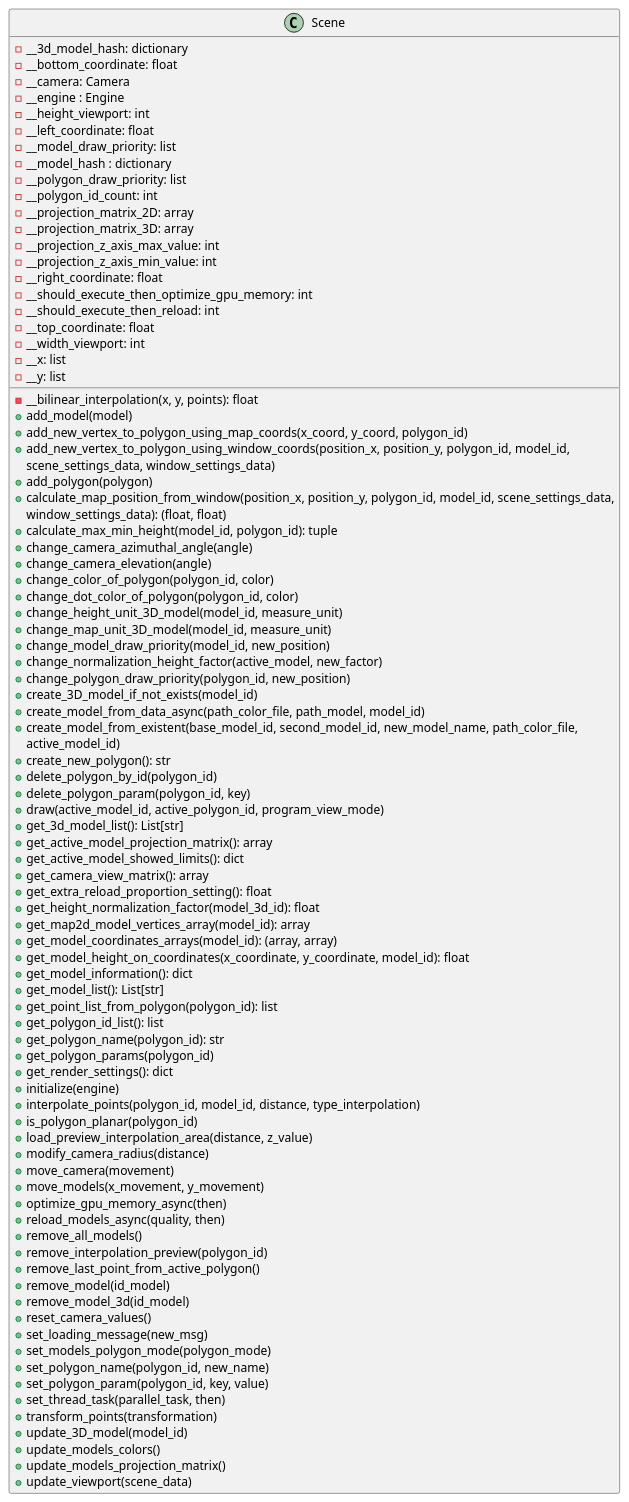
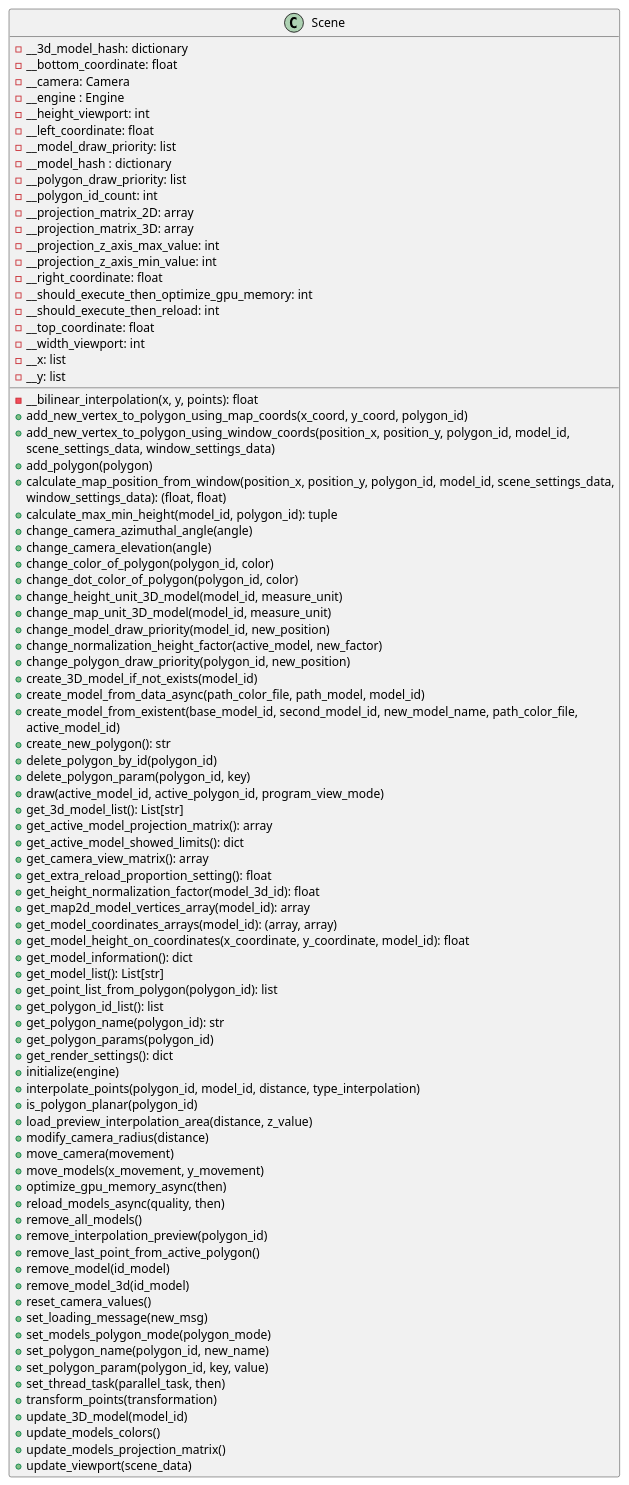
Before and after one commit to SergioAlvarezM/Proyecto_de_Memoria: the diagram in docs/classes/Scene.puml, drawn with PlantUML. The commit also changed 1 other file, not shown here.

Commit message:
Removed method add_model from scene class.

```diff
--- a/docs/classes/Scene.puml
+++ b/docs/classes/Scene.puml
@@ -1,93 +1,92 @@
 @startuml
             class Scene{
                 - __bilinear_interpolation(x, y, points): float
-                + add_model(model)
                 + add_new_vertex_to_polygon_using_map_coords(x_coord, y_coord, polygon_id)
                 + add_new_vertex_to_polygon_using_window_coords(position_x, position_y, polygon_id, model_id,
                                                                 scene_settings_data, window_settings_data)
                 + add_polygon(polygon)
                 + calculate_map_position_from_window(position_x, position_y, polygon_id, model_id, scene_settings_data,
                                                        window_settings_data): (float, float)
                 + calculate_max_min_height(model_id, polygon_id): tuple
                 + change_camera_azimuthal_angle(angle)
                 + change_camera_elevation(angle)
                 + change_color_of_polygon(polygon_id, color)
                 + change_dot_color_of_polygon(polygon_id, color)
                 + change_height_unit_3D_model(model_id, measure_unit)
                 + change_map_unit_3D_model(model_id, measure_unit)
                 + change_model_draw_priority(model_id, new_position)
                 + change_normalization_height_factor(active_model, new_factor)
                 + change_polygon_draw_priority(polygon_id, new_position)
                 + create_3D_model_if_not_exists(model_id)
                 + create_model_from_data_async(path_color_file, path_model, model_id)
                 + create_model_from_existent(base_model_id, second_model_id, new_model_name, path_color_file,
                                               active_model_id)
                 + create_new_polygon(): str
                 + delete_polygon_by_id(polygon_id)
                 + delete_polygon_param(polygon_id, key)
                 + draw(active_model_id, active_polygon_id, program_view_mode)
                 + get_3d_model_list(): List[str]
                 + get_active_model_projection_matrix(): array
                 + get_active_model_showed_limits(): dict
                 + get_camera_view_matrix(): array
                 + get_extra_reload_proportion_setting(): float
                 + get_height_normalization_factor(model_3d_id): float
                 + get_map2d_model_vertices_array(model_id): array
                 + get_model_coordinates_arrays(model_id): (array, array)
                 + get_model_height_on_coordinates(x_coordinate, y_coordinate, model_id): float
                 + get_model_information(): dict
                 + get_model_list(): List[str]
                 + get_point_list_from_polygon(polygon_id): list
                 + get_polygon_id_list(): list
                 + get_polygon_name(polygon_id): str
                 + get_polygon_params(polygon_id)
                 + get_render_settings(): dict
                 + initialize(engine)
                 + interpolate_points(polygon_id, model_id, distance, type_interpolation)
                 + is_polygon_planar(polygon_id)
                 + load_preview_interpolation_area(distance, z_value)
                 + modify_camera_radius(distance)
                 + move_camera(movement)
                 + move_models(x_movement, y_movement)
                 + optimize_gpu_memory_async(then)
                 + reload_models_async(quality, then)
                 + remove_all_models()
                 + remove_interpolation_preview(polygon_id)
                 + remove_last_point_from_active_polygon()
                 + remove_model(id_model)
                 + remove_model_3d(id_model)
                 + reset_camera_values()
                 + set_loading_message(new_msg)
                 + set_models_polygon_mode(polygon_mode)
                 + set_polygon_name(polygon_id, new_name)
                 + set_polygon_param(polygon_id, key, value)
                 + set_thread_task(parallel_task, then)
                 + transform_points(transformation)
                 + update_3D_model(model_id)
                 + update_models_colors()
                 + update_models_projection_matrix()
                 + update_viewport(scene_data)
 
                 - __3d_model_hash: dictionary
                 - __bottom_coordinate: float
                 - __camera: Camera
                 - __engine : Engine
                 - __height_viewport: int
                 - __left_coordinate: float
                 - __model_draw_priority: list
                 - __model_hash : dictionary
                 - __polygon_draw_priority: list
                 - __polygon_id_count: int
                 - __projection_matrix_2D: array
                 - __projection_matrix_3D: array
                 - __projection_z_axis_max_value: int
                 - __projection_z_axis_min_value: int
                 - __right_coordinate: float
                 - __should_execute_then_optimize_gpu_memory: int
                 - __should_execute_then_reload: int
                 - __top_coordinate: float
                 - __width_viewport: int
                 - __x: list
                 - __y: list
             }
 @enduml
```
